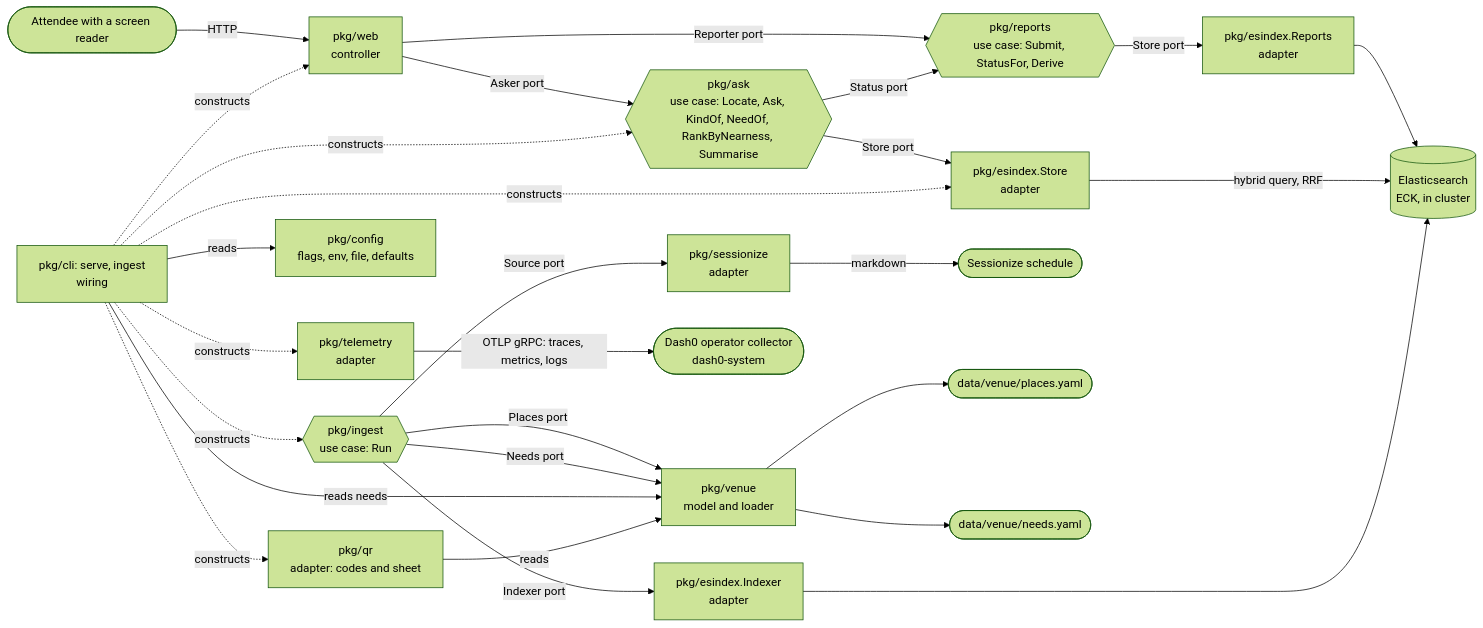
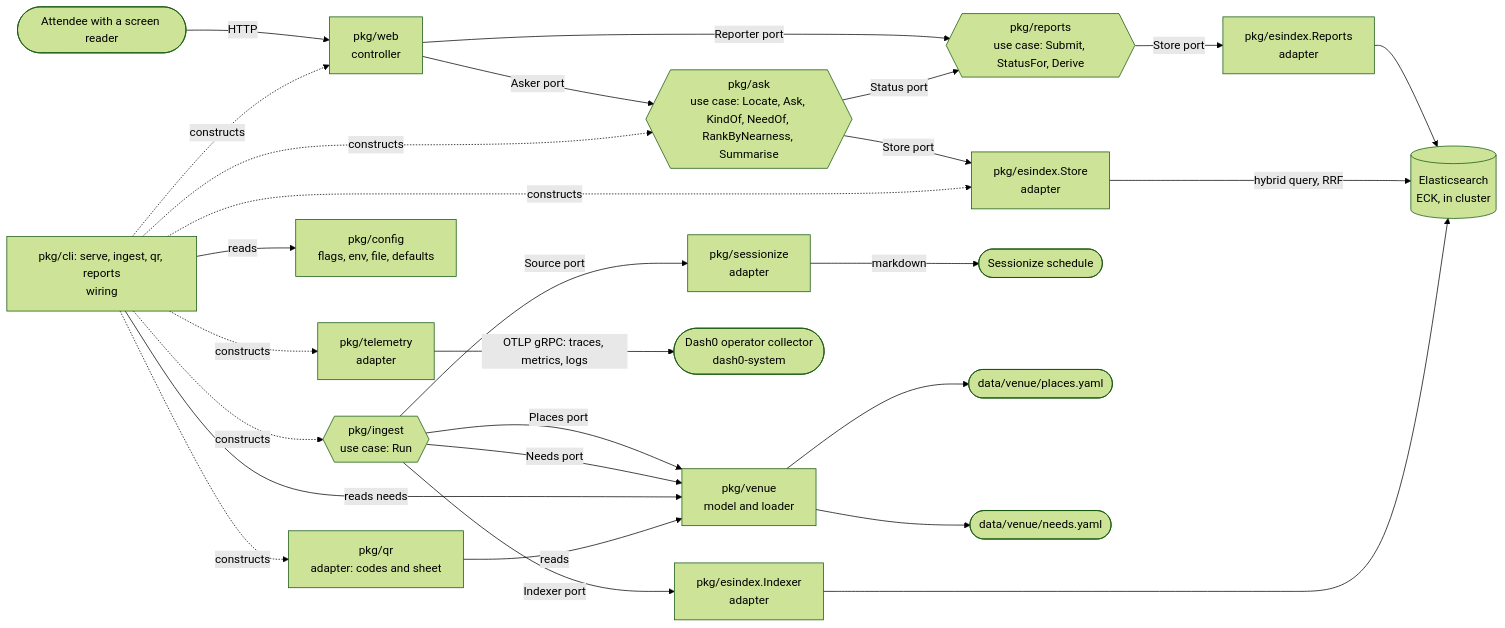
One commit to auroq/cnh changed the first of 2 diagrams in docs/architecture.md. Above: the diagram before and after it, drawn with Mermaid (forest theme). The commit also changed other lines of this file and 9 other files, not shown here.

First line of the commit message:
Final docs pass: read this first, architecture, AI usage, demo index, in my words (#129)

````diff
--- a/docs/architecture.md
+++ b/docs/architecture.md
@@ -6,29 +6,29 @@
 ```mermaid
 flowchart LR
     attendee([Attendee with a screen reader]) -->|HTTP| web[pkg/web<br/>controller]
     web -->|Asker port| ask{{pkg/ask<br/>use case: Locate, Ask, KindOf, NeedOf, RankByNearness, Summarise}}
     ask -->|Store port| esstore[pkg/esindex.Store<br/>adapter]
     web -->|Reporter port| reports{{pkg/reports<br/>use case: Submit, StatusFor, Derive}}
     ask -->|Status port| reports
     reports -->|Store port| esreports[pkg/esindex.Reports<br/>adapter]
     esreports --> es
     esstore -->|hybrid query, RRF| es[(Elasticsearch<br/>ECK, in cluster)]
     ingest{{pkg/ingest<br/>use case: Run}} -->|Source port| sz[pkg/sessionize<br/>adapter]
     sz -->|markdown| sessionize([Sessionize schedule])
     ingest -->|Places port| venue[pkg/venue<br/>model and loader]
     venue --> yaml([data/venue/places.yaml])
     ingest -->|Needs port| venue
     venue --> needs([data/venue/needs.yaml])
     cli -->|reads needs| venue
     ingest -->|Indexer port| indexer[pkg/esindex.Indexer<br/>adapter]
     indexer --> es
-    cli[pkg/cli: serve, ingest<br/>wiring] -.constructs.-> web
+    cli[pkg/cli: serve, ingest, qr, reports<br/>wiring] -.constructs.-> web
     cli -.constructs.-> ask
     cli -.constructs.-> esstore
     cli -.constructs.-> ingest
     cli -.constructs.-> qr[pkg/qr<br/>adapter: codes and sheet]
     qr -->|reads| venue
     cli -->|reads| config[pkg/config<br/>flags, env, file, defaults]
     cli -.constructs.-> tel[pkg/telemetry<br/>adapter]
     tel -->|OTLP gRPC: traces, metrics, logs| dash0([Dash0 operator collector<br/>dash0-system])
 ```
````
